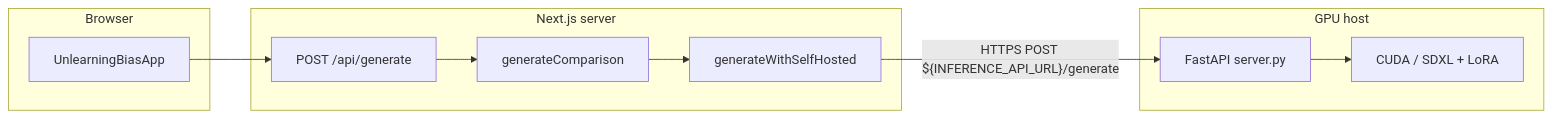
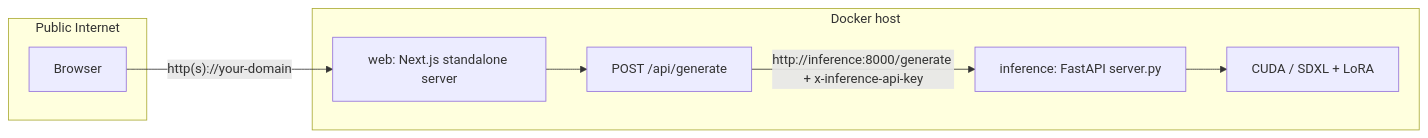
Before and after one commit to lilyqin7/unlearning-bias: the diagram in ARCHITECTURE.md, drawn with Mermaid. The commit also changed other lines of this file and 12 other files, not shown here.

````diff
--- a/ARCHITECTURE.md
+++ b/ARCHITECTURE.md
@@ -7,20 +7,16 @@
 ```mermaid
 flowchart LR
-  subgraph client [Browser]
-    UI[UnlearningBiasApp]
+  subgraph public [Public Internet]
+    User[Browser]
   end
-  subgraph next [Next.js server]
+  subgraph compose [Docker host]
+    Web[web: Next.js standalone server]
     API["POST /api/generate"]
-    GC[generateComparison]
-    SH[generateWithSelfHosted]
-  end
-  subgraph remote [GPU host]
-    API2[FastAPI server.py]
+    Inference[inference: FastAPI server.py]
     GPU[CUDA / SDXL + LoRA]
   end
-  UI --> API
-  API --> GC
-  GC --> SH
-  SH -->|"HTTPS POST ${INFERENCE_API_URL}/generate"| API2
-  API2 --> GPU
+  User -->|"http(s)://your-domain"| Web
+  Web --> API
+  API -->|"http://inference:8000/generate + x-inference-api-key"| Inference
+  Inference --> GPU
 ```
````
